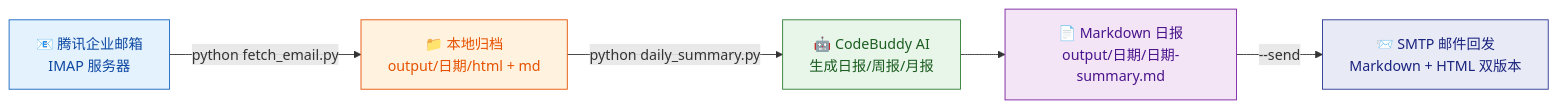
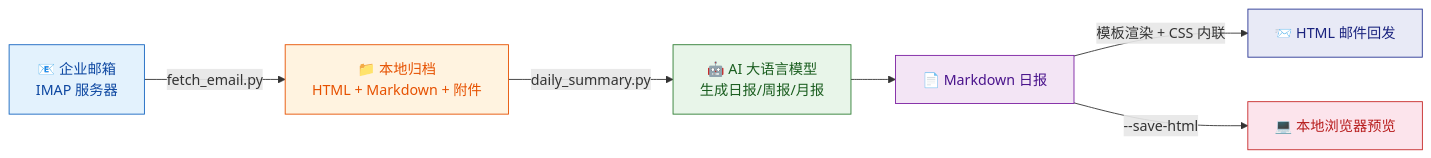
Before and after one commit to jytpeterjiang/Campus_Exmail_Agent: the diagram in README.md, drawn with Mermaid. The commit also changed other lines of this file and 17 other files, not shown here.

````diff
--- a/README.md
+++ b/README.md
@@ -5,13 +5,15 @@
 ```mermaid
 flowchart LR
-    A["📧 腾讯企业邮箱<br/>IMAP 服务器"] -->|python fetch_email.py| B["📁 本地归档<br/>output/日期/html + md"]
-    B -->|python daily_summary.py| C["🤖 CodeBuddy AI<br/>生成日报/周报/月报"]
-    C --> D["📄 Markdown 日报<br/>output/日期/日期-summary.md"]
-    D -->|--send| E["📨 SMTP 邮件回发<br/>Markdown + HTML 双版本"]
+    A["📧 企业邮箱<br/>IMAP 服务器"] -->|fetch_email.py| B["📁 本地归档<br/>HTML + Markdown + 附件"]
+    B -->|daily_summary.py| C["🤖 AI 大语言模型<br/>生成日报/周报/月报"]
+    C --> D["📄 Markdown 日报"]
+    D -->|"模板渲染 + CSS 内联"| E["📨 HTML 邮件回发"]
+    D -->|--save-html| F["💻 本地浏览器预览"]
 
     style A fill:#e3f2fd,stroke:#1565c0,color:#0d47a1
     style B fill:#fff3e0,stroke:#e65100,color:#e65100
     style C fill:#e8f5e9,stroke:#2e7d32,color:#1b5e20
     style D fill:#f3e5f5,stroke:#7b1fa2,color:#4a148c
     style E fill:#e8eaf6,stroke:#283593,color:#1a237e
+    style F fill:#fce4ec,stroke:#c62828,color:#b71c1c
 ```
````
